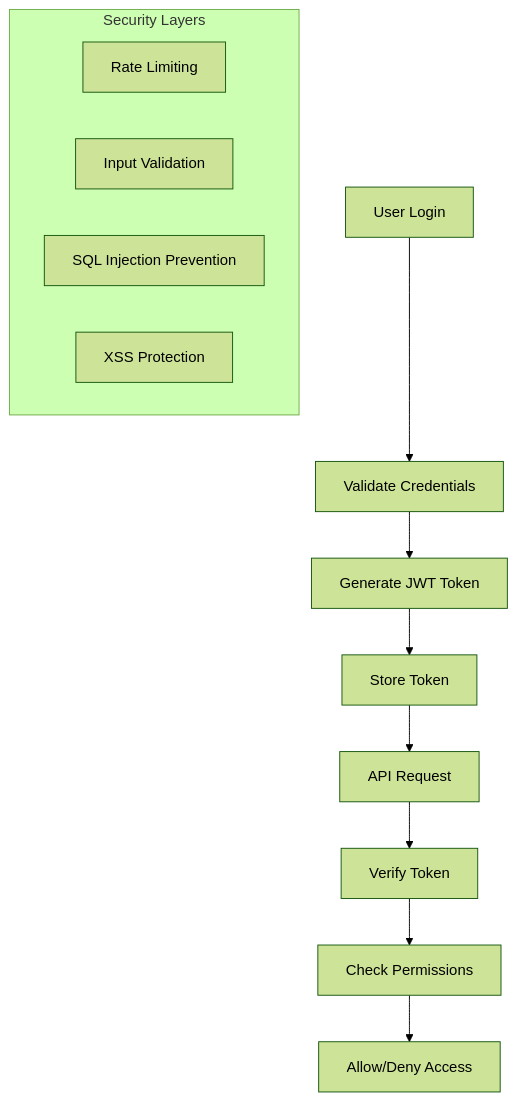
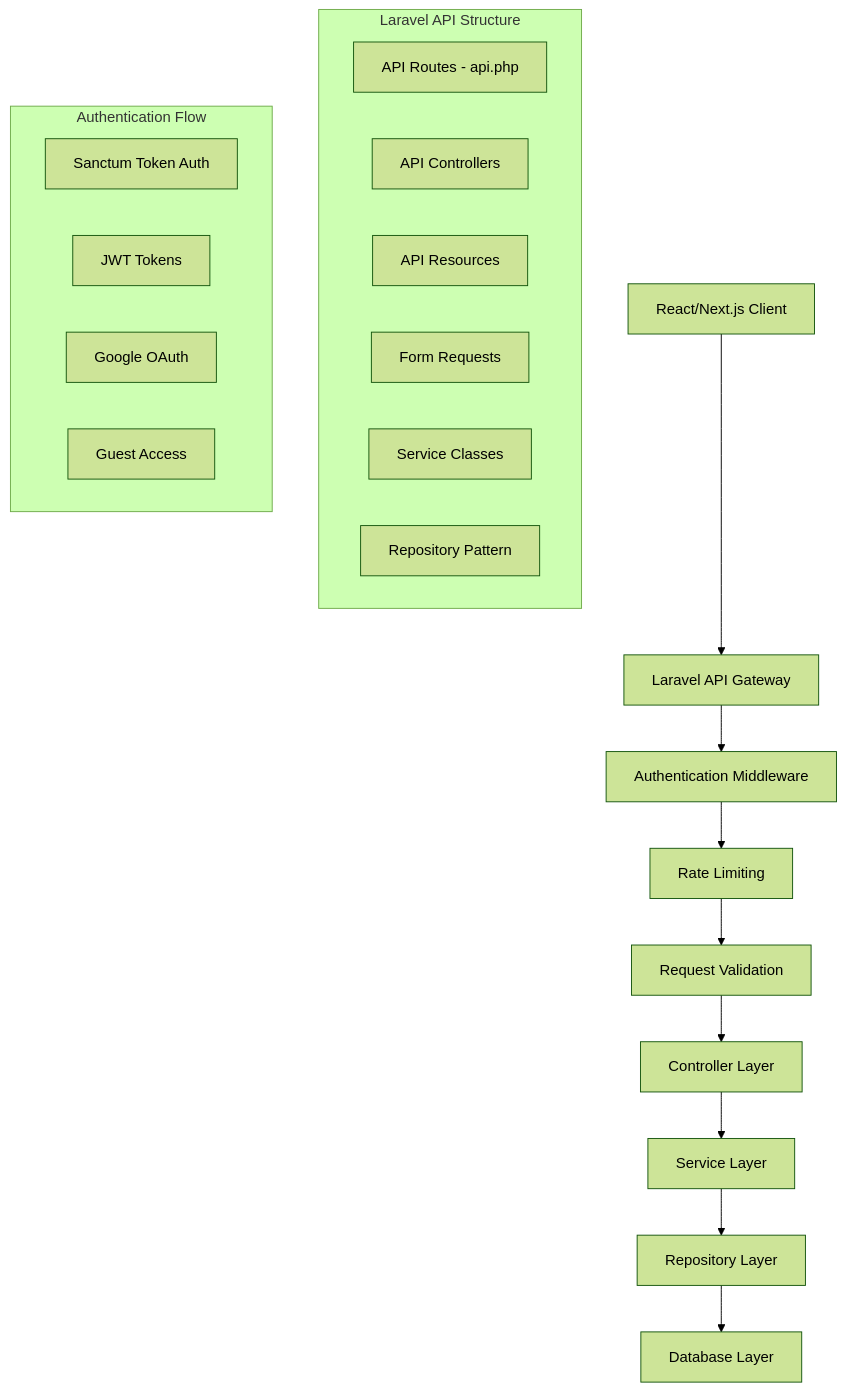
The fourth of 6 diagrams in Planing/04-arsitektur-sistem.md (BlackCoffeee/raujan_pool), drawn with Mermaid (forest theme) before and after one commit. The commit also changed other lines of this file and 4 other files, not shown here.

Commit message:
Update system documentation to include Guest Booking System, Google SSO Integration, and Mobile-First Web Application features, enhancing the overall functionality and user experience for Raujan Pool Syariah management system.

````diff
--- a/Planing/04-arsitektur-sistem.md
+++ b/Planing/04-arsitektur-sistem.md
@@ -326,17 +292,27 @@
 ```mermaid
 graph TD
-    A[User Login] --> B[Validate Credentials]
-    B --> C[Generate JWT Token]
-    C --> D[Store Token]
-    D --> E[API Request]
-    E --> F[Verify Token]
-    F --> G[Check Permissions]
-    G --> H[Allow/Deny Access]
+    A[React/Next.js Client] --> B[Laravel API Gateway]
+    B --> C[Authentication Middleware]
+    C --> D[Rate Limiting]
+    D --> E[Request Validation]
+    E --> F[Controller Layer]
+    F --> G[Service Layer]
+    G --> H[Repository Layer]
+    H --> I[Database Layer]
 
-    subgraph "Security Layers"
-        I[Rate Limiting]
-        J[Input Validation]
-        K[SQL Injection Prevention]
-        L[XSS Protection]
+    subgraph "Laravel API Structure"
+        LA1[API Routes - api.php]
+        LA2[API Controllers]
+        LA3[API Resources]
+        LA4[Form Requests]
+        LA5[Service Classes]
+        LA6[Repository Pattern]
+    end
+
+    subgraph "Authentication Flow"
+        AF1[Sanctum Token Auth]
+        AF2[JWT Tokens]
+        AF3[Google OAuth]
+        AF4[Guest Access]
     end
 ```
````
